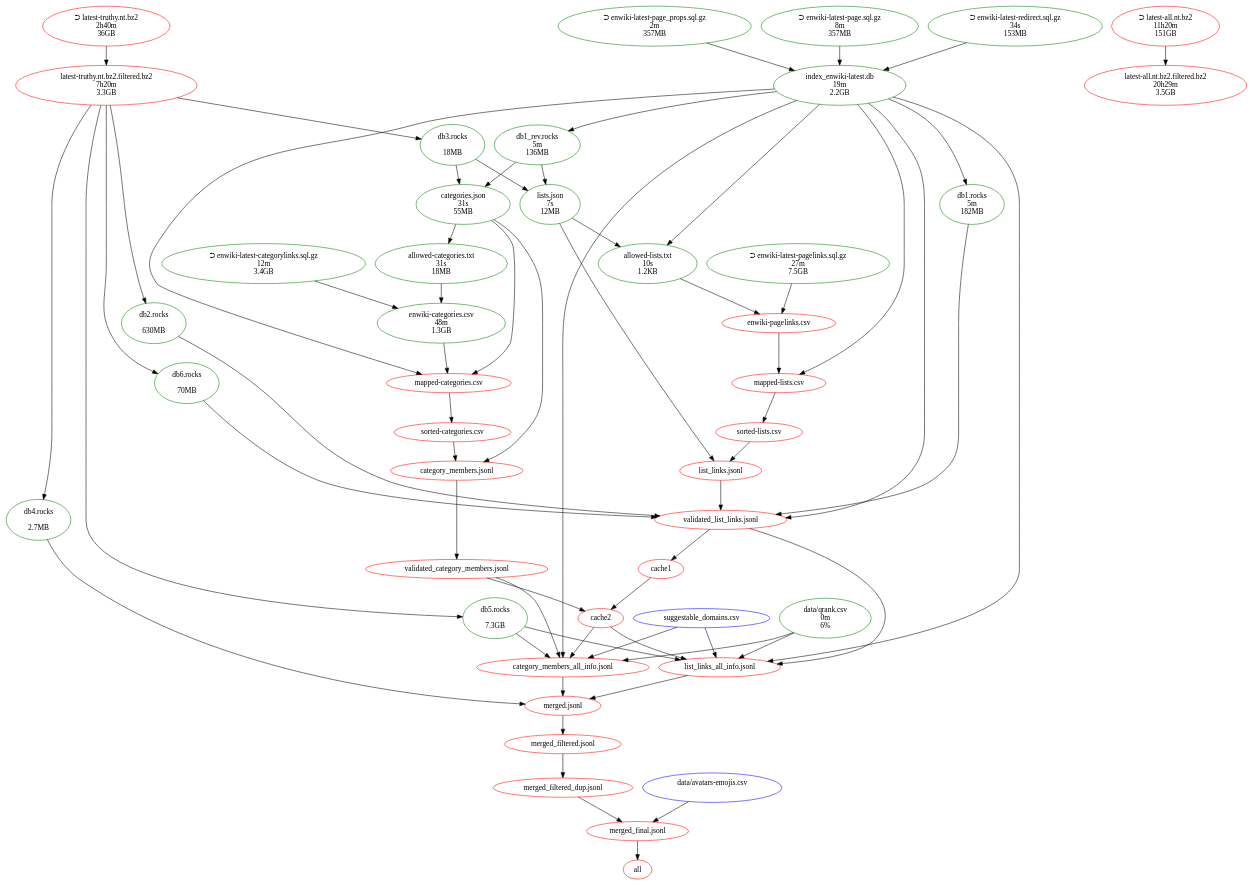
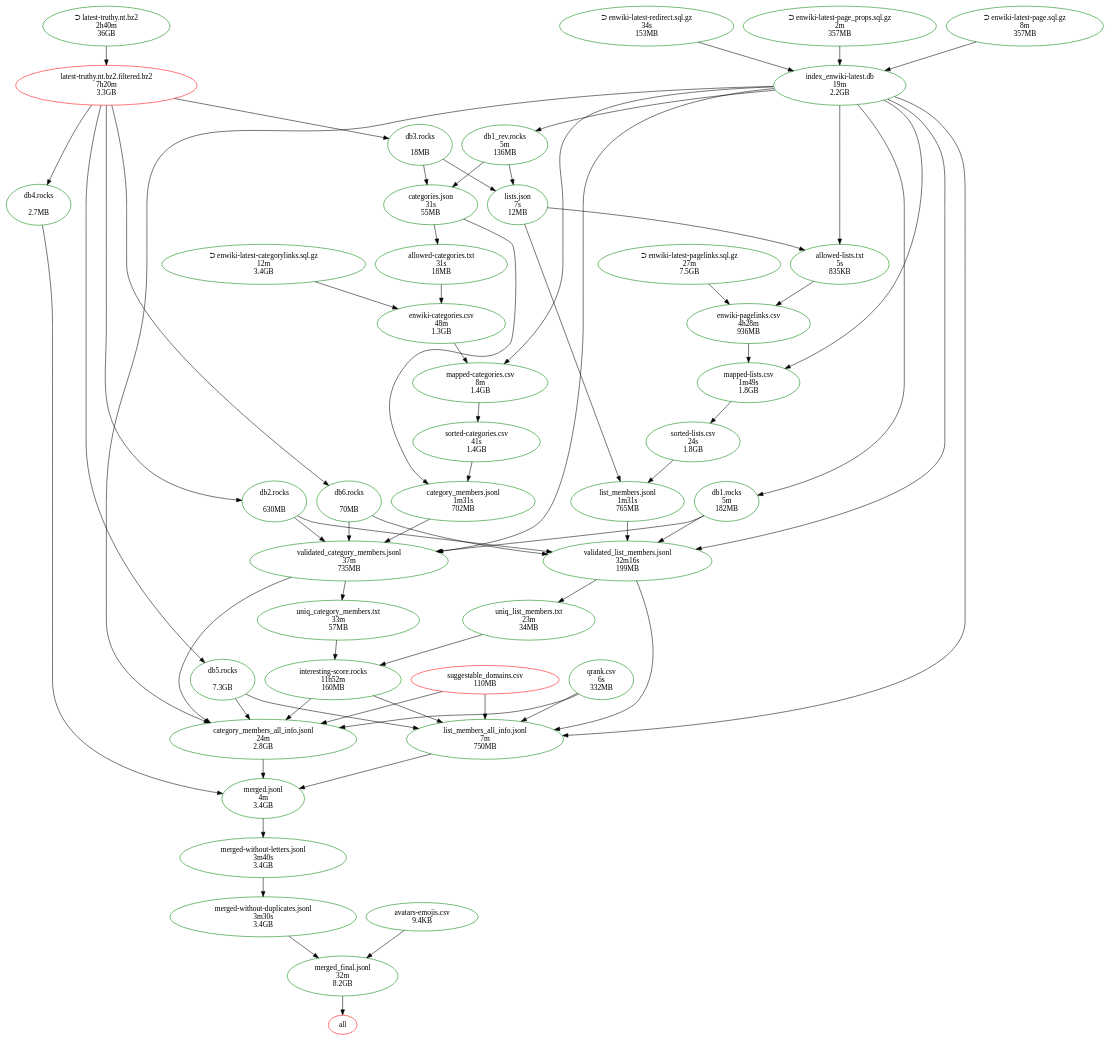
One commit to namehash/namegraph-collections changed the diagram in makefile-doc.dot. Above: the diagram before and after it, drawn with Graphviz. The commit also changed 5 other files, not shown here.

```diff
--- a/makefile-doc.dot
+++ b/makefile-doc.dot
@@ -1,108 +1,113 @@
 digraph G {
 n2[label="all", color="red"];
-n31[label="cache1", color="red"];
-n22[label="cache2", color="red"];
+n31[label="interesting-score.rocks\n11h52m\n160MB", color="green"];
 n29[label="allowed-categories.txt\n31s\n18MB", color="green"];
-n14[label="allowed-lists.txt\n10s\n1.2KB", color="green"];
+n14[label="allowed-lists.txt\n5s\n835KB", color="green"];
 n30[label="categories.json\n31s\n55MB", color="green"];
-n24[label="category_members.jsonl", color="red"];
-n33[label="category_members_all_info.jsonl", color="red"];
+n24[label="category_members.jsonl\n1m31s\n702MB", color="green"];
+n33[label="category_members_all_info.jsonl\n24m\n2.8GB", color="green"];
 n17[label="db1.rocks\n5m\n182MB", color="green"];
 n16[label="db1_rev.rocks\n5m\n136MB", color="green"];
 n19[label="db3.rocks\n\n18MB", color="green"];
 n28[label="⮊ enwiki-latest-categorylinks.sql.gz\n12m\n3.4GB", color="green"];
 n13[label="⮊ enwiki-latest-pagelinks.sql.gz\n27m\n7.5GB", color="green"];
 n27[label="enwiki-categories.csv\n48m\n1.3GB", color="green"];
 n21[label="⮊ enwiki-latest-redirect.sql.gz\n34s\n153MB", color="green"];
-n12[label="enwiki-pagelinks.csv", color="red"];
+n12[label="enwiki-pagelinks.csv\n4h28m\n936MB", color="green"];
 n20[label="index_enwiki-latest.db\n19m\n2.2GB", color="green"];
-n18[label="latest-all.nt.bz2.filtered.bz2\n20h29m\n3.5GB", color="red"];
-n9[label="list_links.jsonl", color="red"];
-n7[label="list_links_all_info.jsonl", color="red"];
+#n18[label="latest-all.nt.bz2.filtered.bz2\n20h29m\n3.5GB", color="red"];
+n9[label="list_members.jsonl\n1m31s\n765MB", color="green"];
+n7[label="list_members_all_info.jsonl\n7m\n750MB", color="green"];
 n15[label="lists.json\n7s\n12MB", color="green"];
-n26[label="mapped-categories.csv", color="red"];
-n11[label="mapped-lists.csv", color="red"];
-n6[label="merged.jsonl", color="red"];
-n5[label="merged_filtered.jsonl", color="red"];
-n4[label="merged_filtered_dup.jsonl", color="red"];
-n3[label="merged_final.jsonl", color="red"];
-n25[label="sorted-categories.csv", color="red"];
-n10[label="sorted-lists.csv", color="red"];
-n32[label="suggestable_domains.csv", color="blue"];
-n23[label="validated_category_members.jsonl", color="red"];
-n8[label="validated_list_links.jsonl", color="red"];
-n34[label="⮊ latest-truthy.nt.bz2\n2h40m\n36GB", color="red"];
+n26[label="mapped-categories.csv\n8m\n1.4GB", color="green"];
+n11[label="mapped-lists.csv\n1m49s\n1.8GB", color="green"];
+n6[label="merged.jsonl\n4m\n3.4GB", color="green"];
+n5[label="merged-without-letters.jsonl\n3m40s\n3.4GB", color="green"];
+n4[label="merged-without-duplicates.jsonl\n3m30s\n3.4GB", color="green"];
+n3[label="merged_final.jsonl\n32m\n8.2GB", color="green"];
+n25[label="sorted-categories.csv\n41s\n1.4GB", color="green"];
+n10[label="sorted-lists.csv\n24s\n1.8GB", color="green"];
+n32[label="suggestable_domains.csv\n110MB", color="red"];
+n23[label="validated_category_members.jsonl\n37m\n735MB", color="green"];
+n8[label="validated_list_members.jsonl\n32m16s\n199MB", color="green"];
+n34[label="⮊ latest-truthy.nt.bz2\n2h40m\n36GB", color="green"];
 n35[label="latest-truthy.nt.bz2.filtered.bz2\n7h20m\n3.3GB", color="red"];
-n36[label="⮊ latest-all.nt.bz2\n11h20m\n151GB", color="red"];
+#n36[label="⮊ latest-all.nt.bz2\n11h20m\n151GB", color="red"];
 n37[label="⮊ enwiki-latest-page_props.sql.gz\n2m\n357MB", color="green"];
 n38[label="⮊ enwiki-latest-page.sql.gz\n8m\n357MB", color="green"];
-n39[label="data/qrank.csv\n0m\n6%", color="green"];
+n39[label="qrank.csv\n6s\n332MB", color="green"];
 n40[label="db2.rocks\n\n630MB", color="green"];
 n41[label="db4.rocks\n\n2.7MB", color="green"];
 n42[label="db5.rocks\n\n7.3GB", color="green"];
 n43[label="db6.rocks\n\n70MB", color="green"];
-n44[label="data/avatars-emojis.csv\n\n", color="blue"];
+n44[label="avatars-emojis.csv\n9.4KB", color="green"];
+n45[label="uniq_category_members.txt\n33m\n57MB", color="green"];
+n46[label="uniq_list_members.txt\n23m\n34MB", color="green"];
+n31 -> n33;
+n31 -> n7;
+n8 -> n46
+n23 -> n45;
 n3 -> n2 ; 
-n8 -> n31 ; 
-n31 -> n22 ; 
-n23 -> n22 ; 
+n45 -> n31; 
+n46 -> n31; 
 n30 -> n29 ; 
 n20 -> n14 ; 
 n15 -> n14 ; 
 n16 -> n30 ; 
 n19 -> n30 ; 
 n30 -> n24 ; 
 n25 -> n24 ; 
-n22 -> n33 ; 
 n32 -> n33 ; 
 n23 -> n33 ; 
 n20 -> n17 ; 
 n20 -> n16 ; 
 n29 -> n27 ; 
 n28 -> n27 ; 
 n14 -> n12 ; 
 n13 -> n12 ; 
 n21 -> n20 ; 
 n15 -> n9 ; 
 n10 -> n9 ; 
-n22 -> n7 ; 
 n32 -> n7 ; 
 n8 -> n7 ; 
 n16 -> n15 ; 
 n19 -> n15 ; 
-n30 -> n26 ; 
 n27 -> n26 ; 
 n20 -> n26 ; 
 n12 -> n11 ; 
 n20 -> n11 ; 
 n33 -> n6 ; 
 n7 -> n6 ; 
 n6 -> n5 ; 
 n5 -> n4 ; 
 n4 -> n3 ; 
 n26 -> n25 ; 
 n11 -> n10 ; 
 n24 -> n23 ; 
 n9 -> n8 ; 
 n34 -> n35;
-n36 -> n18;
+#n36 -> n18;
 n38 -> n20;
 n17 -> n8 ; 
 n40 -> n8 ; 
 n43 -> n8 ; 
 n20 -> n8 ; 
+n17 -> n23 ; 
+n40 -> n23 ; 
+n43 -> n23 ; 
+n20 -> n23 ; 
 n42 -> n33 ; 
 n42 -> n7 ; 
 n20 -> n33 ; 
 n20 -> n7 ; 
 n41 -> n6 ;
 n44 -> n3 ;
 n39 -> n33 ;
 n39 -> n7 ;
 n35 -> n19 ;
 n35 -> n40 ;
 n35 -> n41 ;
 n35 -> n42 ;
 n35 -> n43 ;
 n37 -> n20;
 }
```
